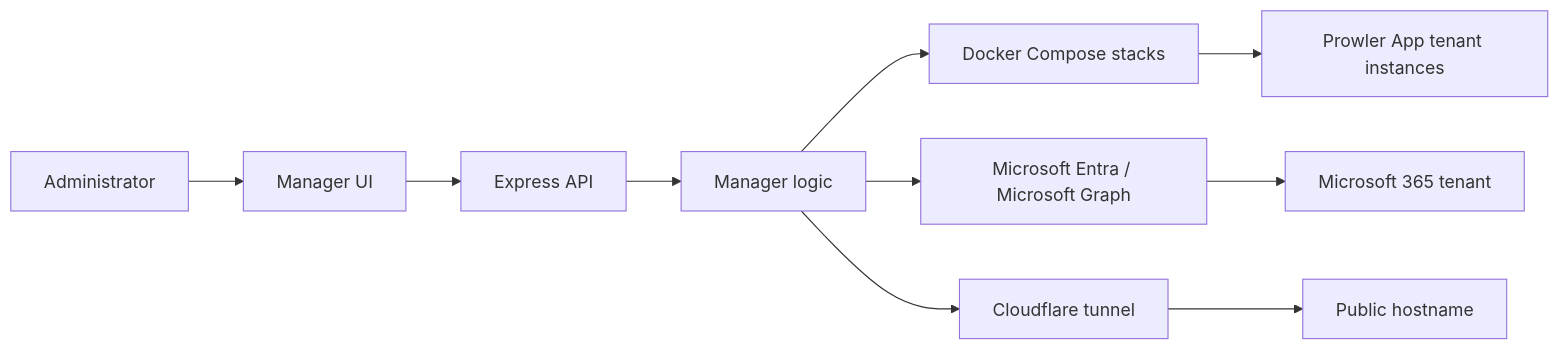
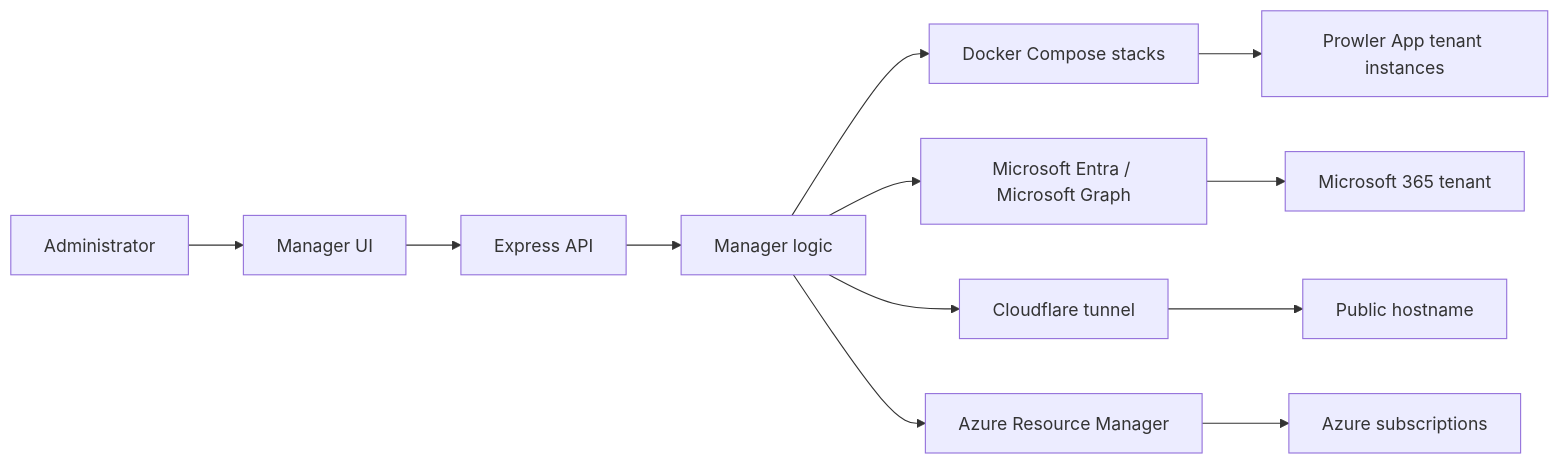
Before and after one commit to lotrasoft/prowler-manage: the diagram in diagrams/context.mmd, drawn with Mermaid. The commit also changed 14 other files, not shown here.

```diff
--- a/diagrams/context.mmd
+++ b/diagrams/context.mmd
@@ -1,10 +1,12 @@
 flowchart LR
     Admin[Administrator] --> UI[Manager UI]
     UI --> API[Express API]
     API --> Core[Manager logic]
     Core --> Docker[Docker Compose stacks]
     Core --> Entra[Microsoft Entra / Microsoft Graph]
     Core --> CF[Cloudflare tunnel]
     Docker --> Prowler[Prowler App tenant instances]
     Entra --> M365[Microsoft 365 tenant]
+    Core --> ARM[Azure Resource Manager]
+    ARM --> Subs[Azure subscriptions]
     CF --> Public[Public hostname]
```
